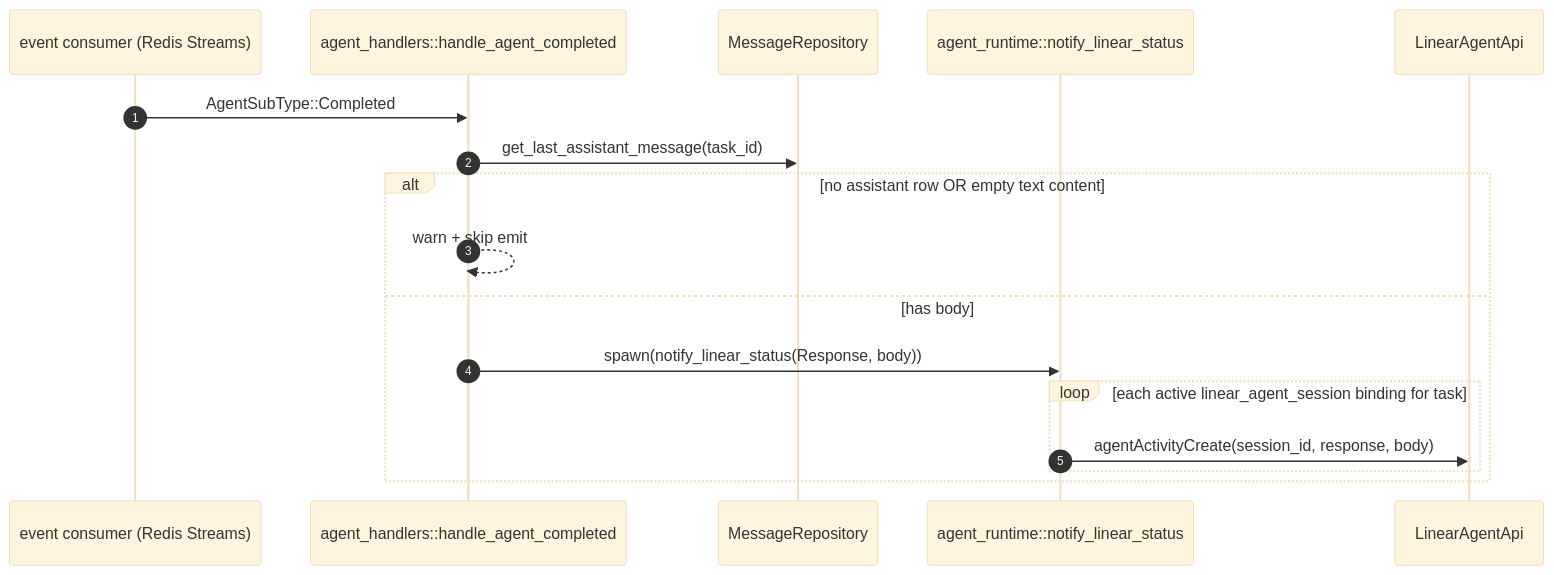
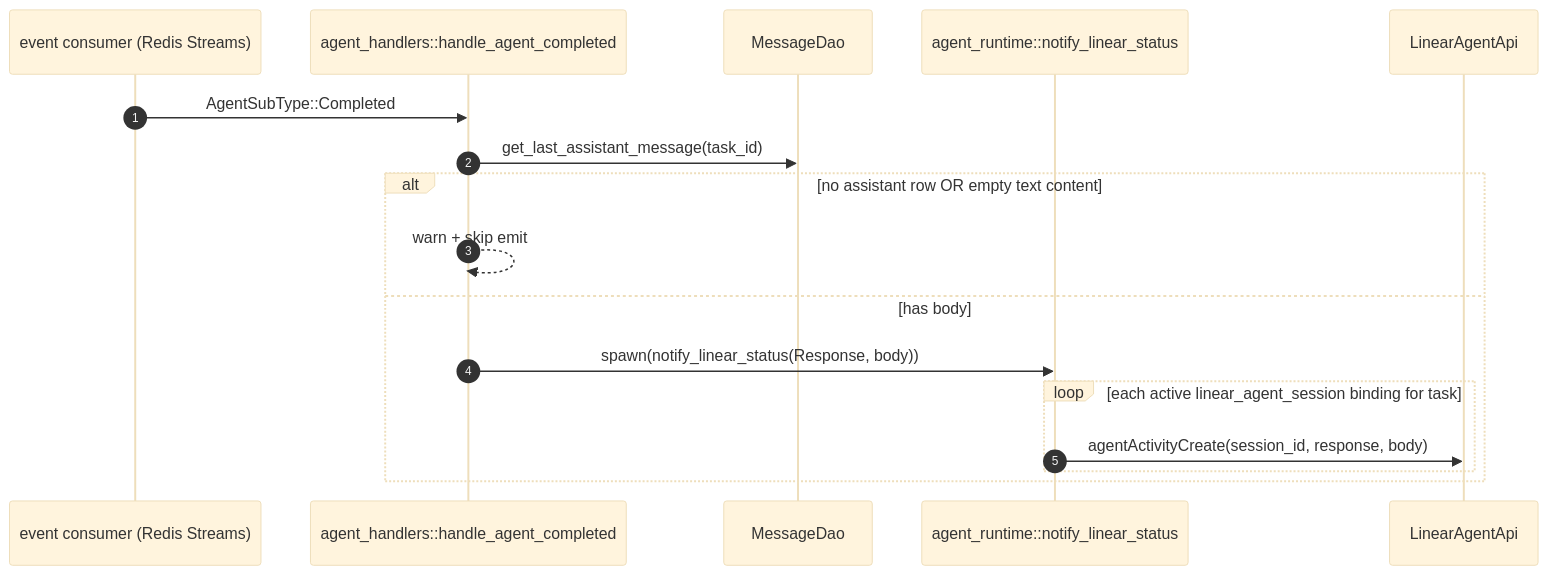
Before and after one commit to aorwall/moatless: the seventh of 9 diagrams in docs/linear-adapter.md, drawn with Mermaid (base theme). The commit also changed other lines of this file and 122 other files, not shown here.

````diff
--- a/docs/linear-adapter.md
+++ b/docs/linear-adapter.md
@@ -369,20 +369,20 @@
 ```mermaid
 sequenceDiagram
     autonumber
     participant Consumer as event consumer (Redis Streams)
     participant Hook as agent_handlers::handle_agent_completed
-    participant DAO as MessageRepository
+    participant DAO as MessageDao
     participant Notify as agent_runtime::notify_linear_status
     participant API as LinearAgentApi
 
     Consumer->>Hook: AgentSubType::Completed
     Hook->>DAO: get_last_assistant_message(task_id)
     alt no assistant row OR empty text content
         Hook-->>Hook: warn + skip emit
     else has body
         Hook->>Notify: spawn(notify_linear_status(Response, body))
         loop each active linear_agent_session binding for task
             Notify->>API: agentActivityCreate(session_id, response, body)
         end
     end
 ```
````
